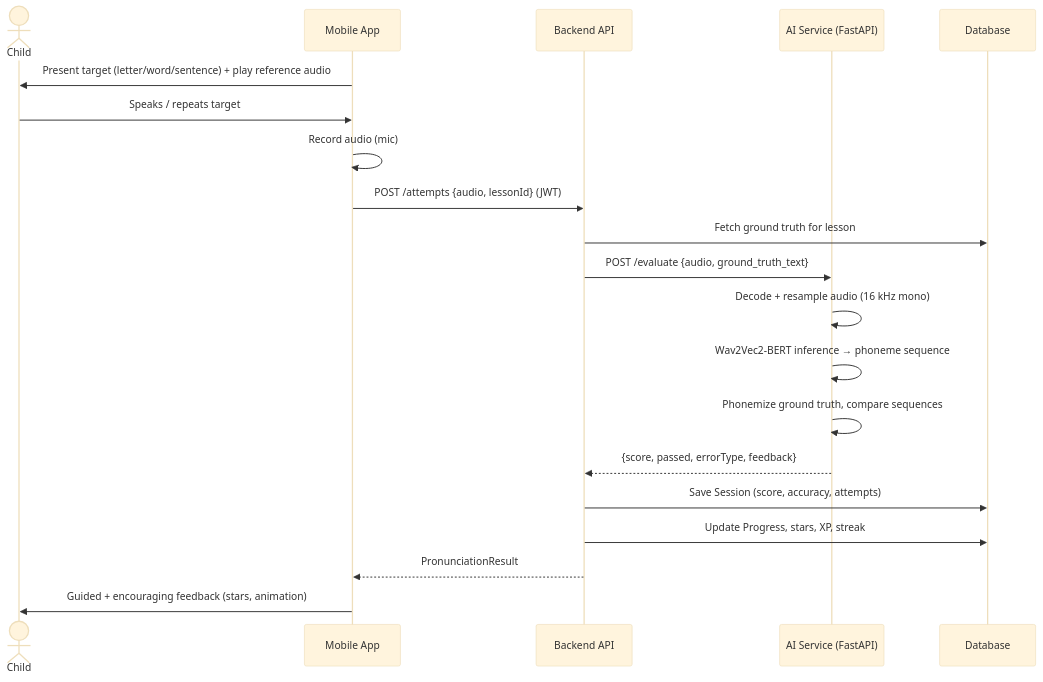
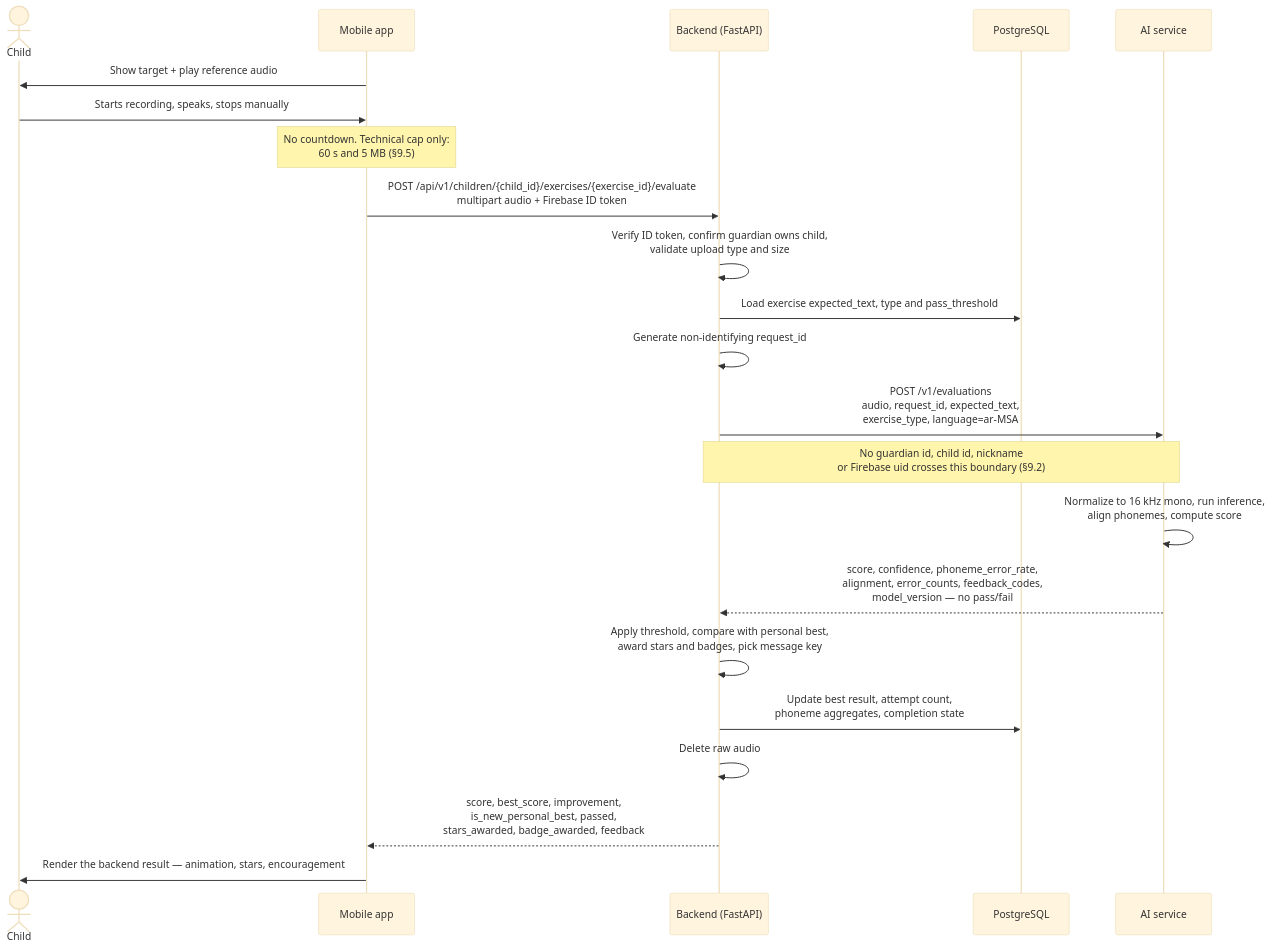
The sixth of 20 diagrams in docs/architecture/diagrams.md (MohamedMaged9258/Yantiq), drawn with Mermaid (base theme) before and after one commit. The commit also changed other lines of this file, not shown here.

First line of the commit message:
docs: rewrite architecture diagrams against the Phase 0 baseline

````diff
--- a/docs/architecture/diagrams.md
+++ b/docs/architecture/diagrams.md
@@ -298,23 +445,25 @@
 ```mermaid
 sequenceDiagram
     actor Child
-    participant App as Mobile App
-    participant BE as Backend API
-    participant AI as AI Service (FastAPI)
-    participant DB as Database
+    participant App as Mobile app
+    participant BE as Backend (FastAPI)
+    participant DB as PostgreSQL
+    participant AI as AI service
 
-    App->>Child: Present target (letter/word/sentence) + play reference audio
-    Child->>App: Speaks / repeats target
-    App->>App: Record audio (mic)
-    App->>BE: POST /attempts {audio, lessonId} (JWT)
-    BE->>DB: Fetch ground truth for lesson
-    BE->>AI: POST /evaluate {audio, ground_truth_text}
-    AI->>AI: Decode + resample audio (16 kHz mono)
-    AI->>AI: Wav2Vec2-BERT inference → phoneme sequence
-    AI->>AI: Phonemize ground truth, compare sequences
-    AI-->>BE: {score, passed, errorType, feedback}
-    BE->>DB: Save Session (score, accuracy, attempts)
-    BE->>DB: Update Progress, stars, XP, streak
-    BE-->>App: PronunciationResult
-    App->>Child: Guided + encouraging feedback (stars, animation)
+    App->>Child: Show target + play reference audio
+    Child->>App: Starts recording, speaks, stops manually
+    Note over App: No countdown. Technical cap only:<br/>60 s and 5 MB (§9.5)
+    App->>BE: POST /api/v1/children/{child_id}/exercises/{exercise_id}/evaluate<br/>multipart audio + Firebase ID token
+    BE->>BE: Verify ID token, confirm guardian owns child,<br/>validate upload type and size
+    BE->>DB: Load exercise expected_text, type and pass_threshold
+    BE->>BE: Generate non-identifying request_id
+    BE->>AI: POST /v1/evaluations<br/>audio, request_id, expected_text,<br/>exercise_type, language=ar-MSA
+    Note over BE,AI: No guardian id, child id, nickname<br/>or Firebase uid crosses this boundary (§9.2)
+    AI->>AI: Normalize to 16 kHz mono, run inference,<br/>align phonemes, compute score
+    AI-->>BE: score, confidence, phoneme_error_rate,<br/>alignment, error_counts, feedback_codes,<br/>model_version — no pass/fail
+    BE->>BE: Apply threshold, compare with personal best,<br/>award stars and badges, pick message key
+    BE->>DB: Update best result, attempt count,<br/>phoneme aggregates, completion state
+    BE->>BE: Delete raw audio
+    BE-->>App: score, best_score, improvement,<br/>is_new_personal_best, passed,<br/>stars_awarded, badge_awarded, feedback
+    App->>Child: Render the backend result — animation, stars, encouragement
 ```
````
